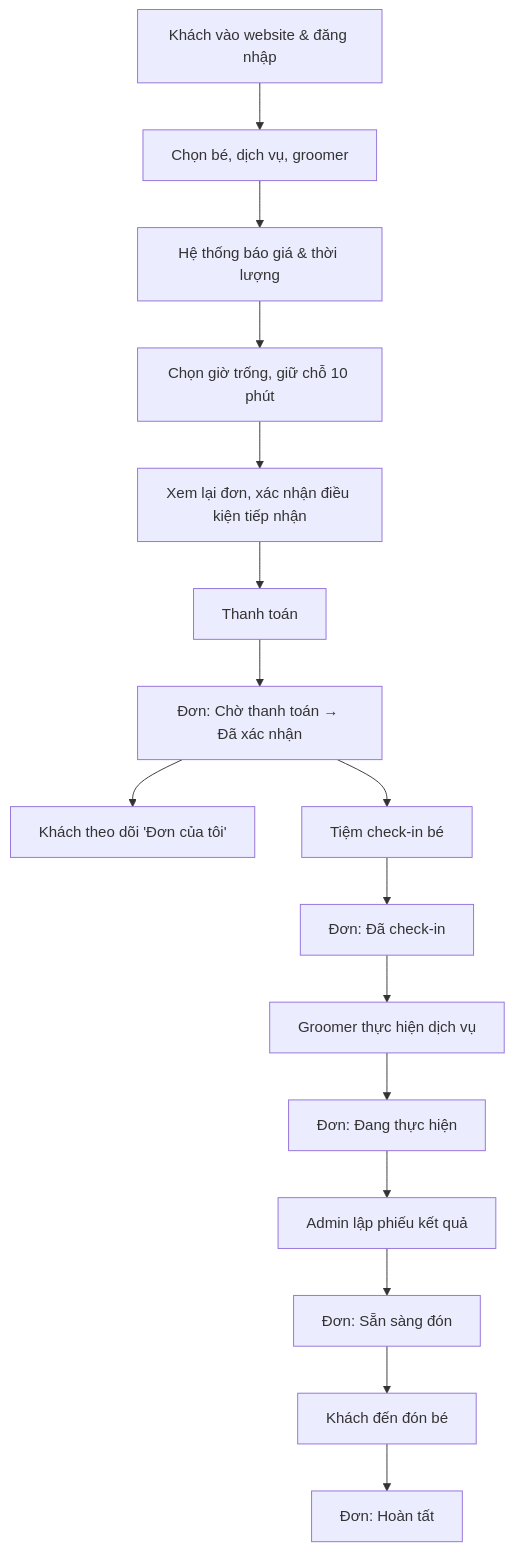
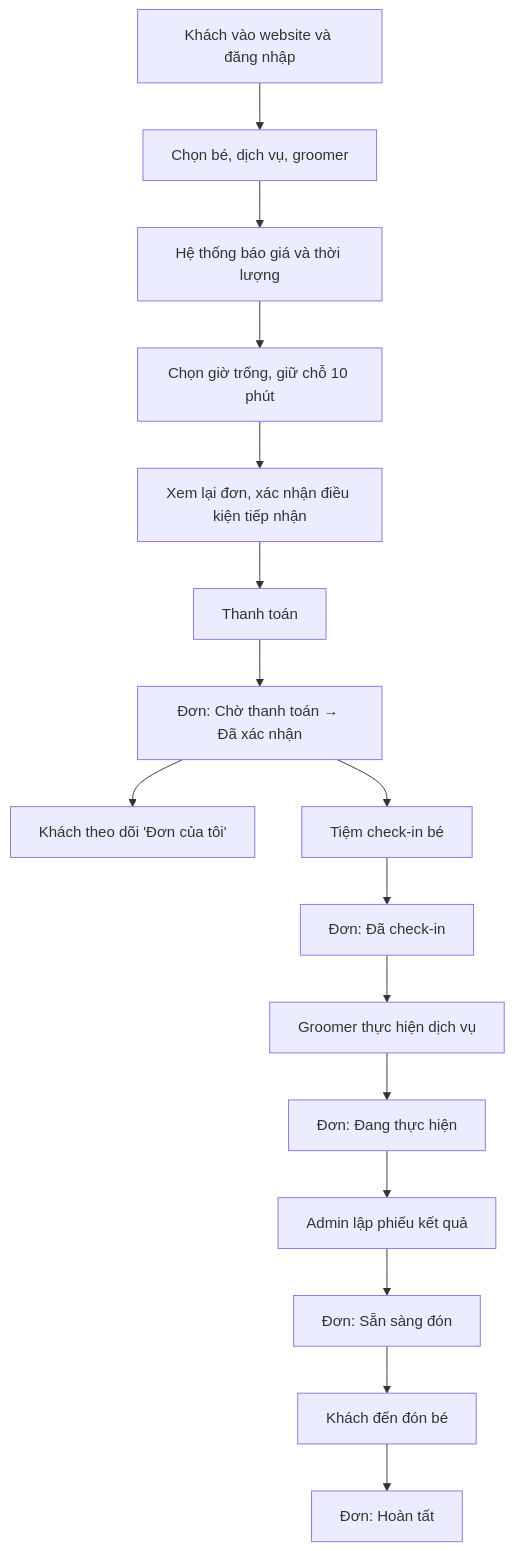
The diagram in docs/business-workflow.md (ngocdoan206/NHOM-4-PTUDTMDT-UEH), drawn with Mermaid before and after one commit. The commit also changed other lines of this file, not shown here.

Commit message:
Sửa nội dung theo feedback

````diff
--- a/docs/business-workflow.md
+++ b/docs/business-workflow.md
@@ -38,18 +38,18 @@
 ```mermaid
 flowchart TD
-    A[Khách vào website & đăng nhập] --> B[Chọn bé, dịch vụ, groomer]
-    B --> C[Hệ thống báo giá & thời lượng]
+    A[Khách vào website và đăng nhập] --> B[Chọn bé, dịch vụ, groomer]
+    B --> C[Hệ thống báo giá và thời lượng]
     C --> D[Chọn giờ trống, giữ chỗ 10 phút]
     D --> E[Xem lại đơn, xác nhận điều kiện tiếp nhận]
     E --> F[Thanh toán]
     F --> G["Đơn: Chờ thanh toán → Đã xác nhận"]
     G --> H[Khách theo dõi 'Đơn của tôi']
     G --> I[Tiệm check-in bé]
     I --> J["Đơn: Đã check-in"]
     J --> K[Groomer thực hiện dịch vụ]
     K --> L["Đơn: Đang thực hiện"]
     L --> M[Admin lập phiếu kết quả]
     M --> N["Đơn: Sẵn sàng đón"]
     N --> O[Khách đến đón bé]
     O --> P["Đơn: Hoàn tất"]
 ```
````
